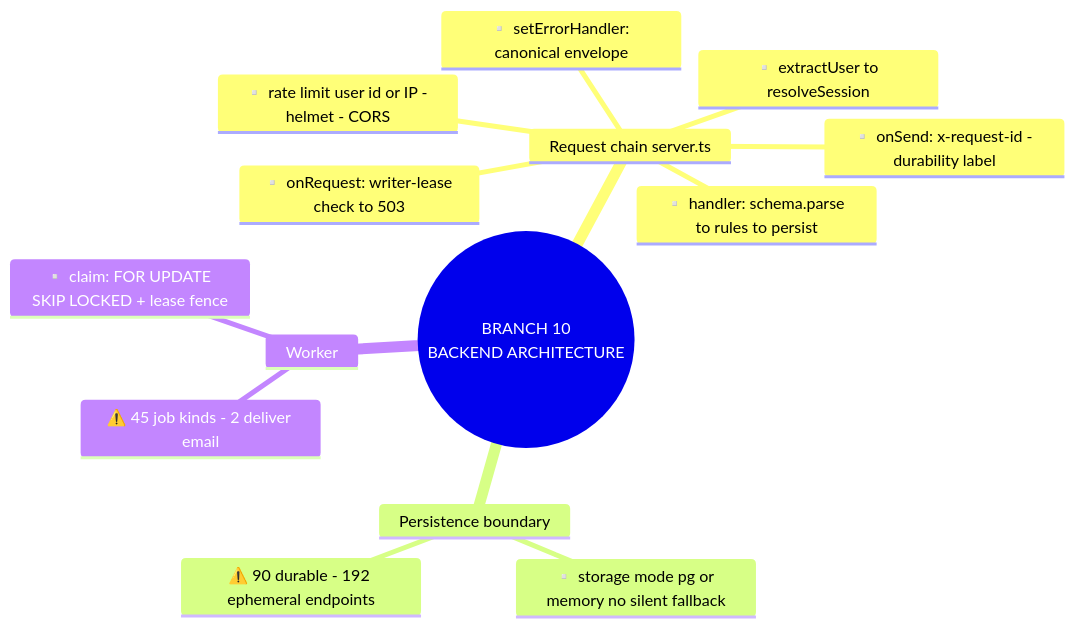
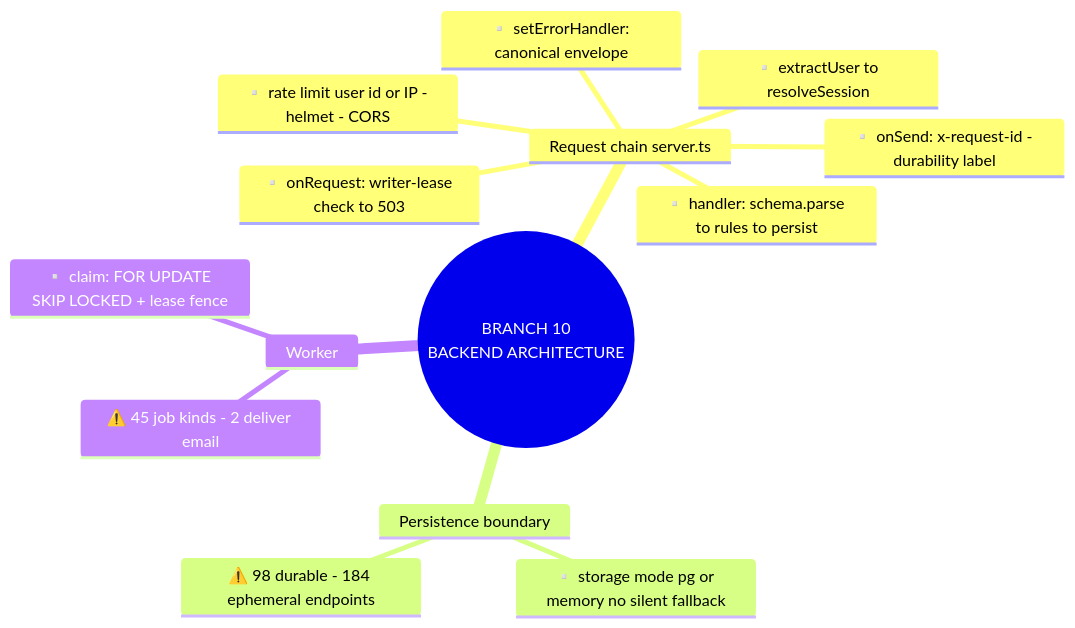
One commit to yhsomani/talentsphere-complete changed diagram 12 of 22 in project-mindmap/master/MASTER_PROJECT_DIAGRAMS.md. Above: the diagram before and after it, drawn with Mermaid. The commit also changed other lines of this file and 171 other files, not shown here.

First line of the commit message:
docs(mindmap): feature catalog to nano level and graph views

````diff
--- a/project-mindmap/master/MASTER_PROJECT_DIAGRAMS.md
+++ b/project-mindmap/master/MASTER_PROJECT_DIAGRAMS.md
@@ -369,17 +369,17 @@
 ```mermaid
 mindmap
   root(("BRANCH 10<br/>BACKEND ARCHITECTURE"))
     Request chain server.ts
       ▫️ onRequest: writer-lease check to 503
       ▫️ rate limit user id or IP - helmet - CORS
       ▫️ extractUser to resolveSession
       ▫️ handler: schema.parse to rules to persist
       ▫️ onSend: x-request-id - durability label
       ▫️ setErrorHandler: canonical envelope
     Persistence boundary
       ▫️ storage mode pg or memory no silent fallback
-      ⚠️ 90 durable - 192 ephemeral endpoints
+      ⚠️ 98 durable - 184 ephemeral endpoints
     Worker
       ⚠️ 45 job kinds - 2 deliver email
       ▫️ claim: FOR UPDATE SKIP LOCKED + lease fence
 ```
````
